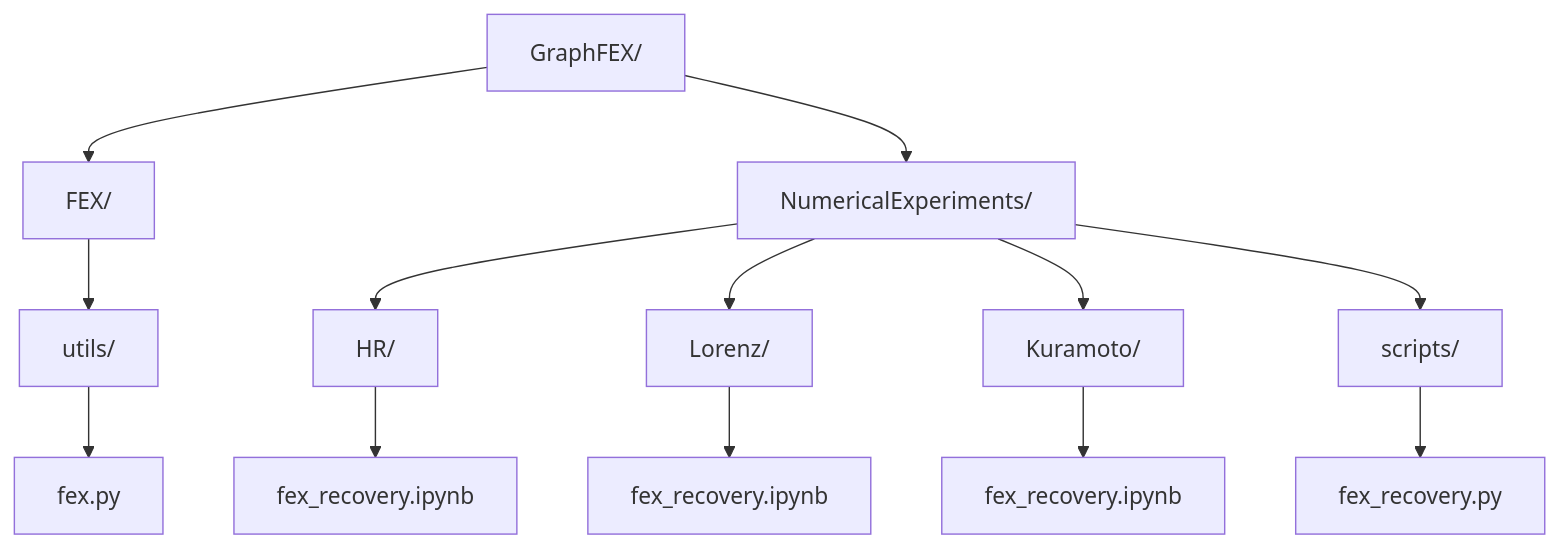
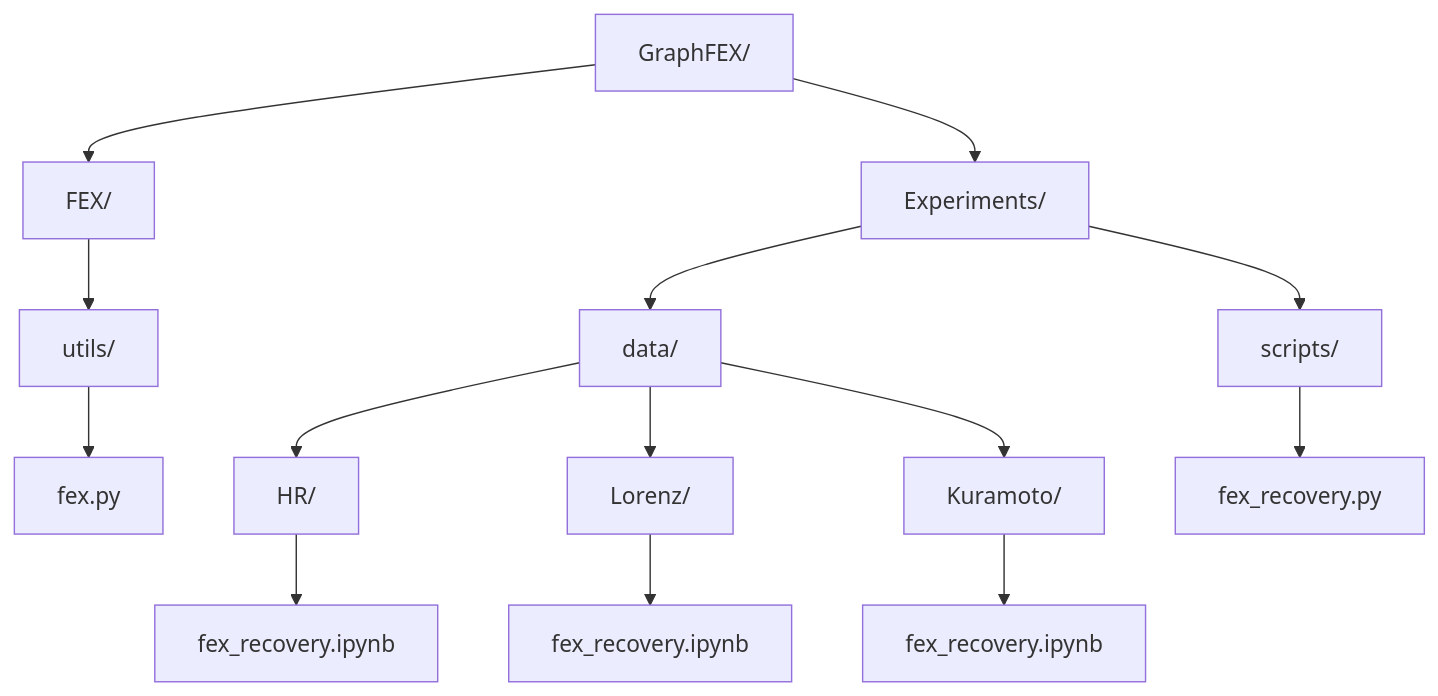
Before and after one commit to hudsongshields/GraphFEX: the diagram in README.md, drawn with Mermaid. The commit also changed other lines of this file and 68 other files, not shown here.

````diff
--- a/README.md
+++ b/README.md
@@ -8,20 +8,21 @@
 ```mermaid
 graph TD
     root[GraphFEX/] --> src[FEX/]
     src --> utils[utils/]
     utils --> fex[fex.py]
 
-    root --> experiments[NumericalExperiments/]
+    root --> experiments[Experiments/]
+    experiments --> data[data/]
 
-    experiments --> HR[HR/]
+    data --> HR[HR/]
     HR --> HRtest[fex_recovery.ipynb]
 
-    experiments --> Lorenz[Lorenz/]
+    data --> Lorenz[Lorenz/]
     Lorenz --> Lorenztest[fex_recovery.ipynb]
 
-    experiments --> Kuramoto[Kuramoto/]
+    data --> Kuramoto[Kuramoto/]
     Kuramoto --> Kuramototest[fex_recovery.ipynb]
 
     experiments --> scripts[scripts/]
     scripts --> script[fex_recovery.py]
 ```
````
